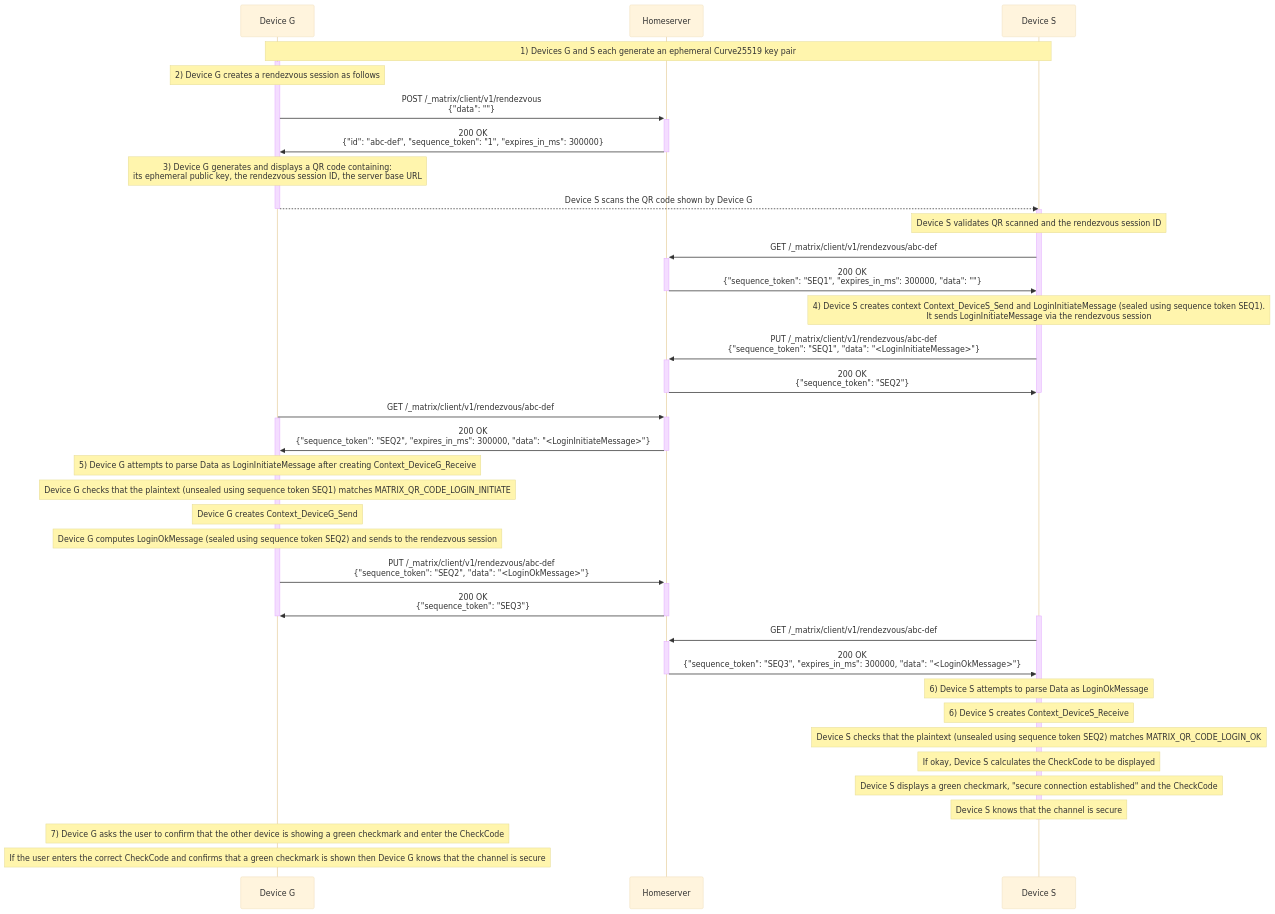
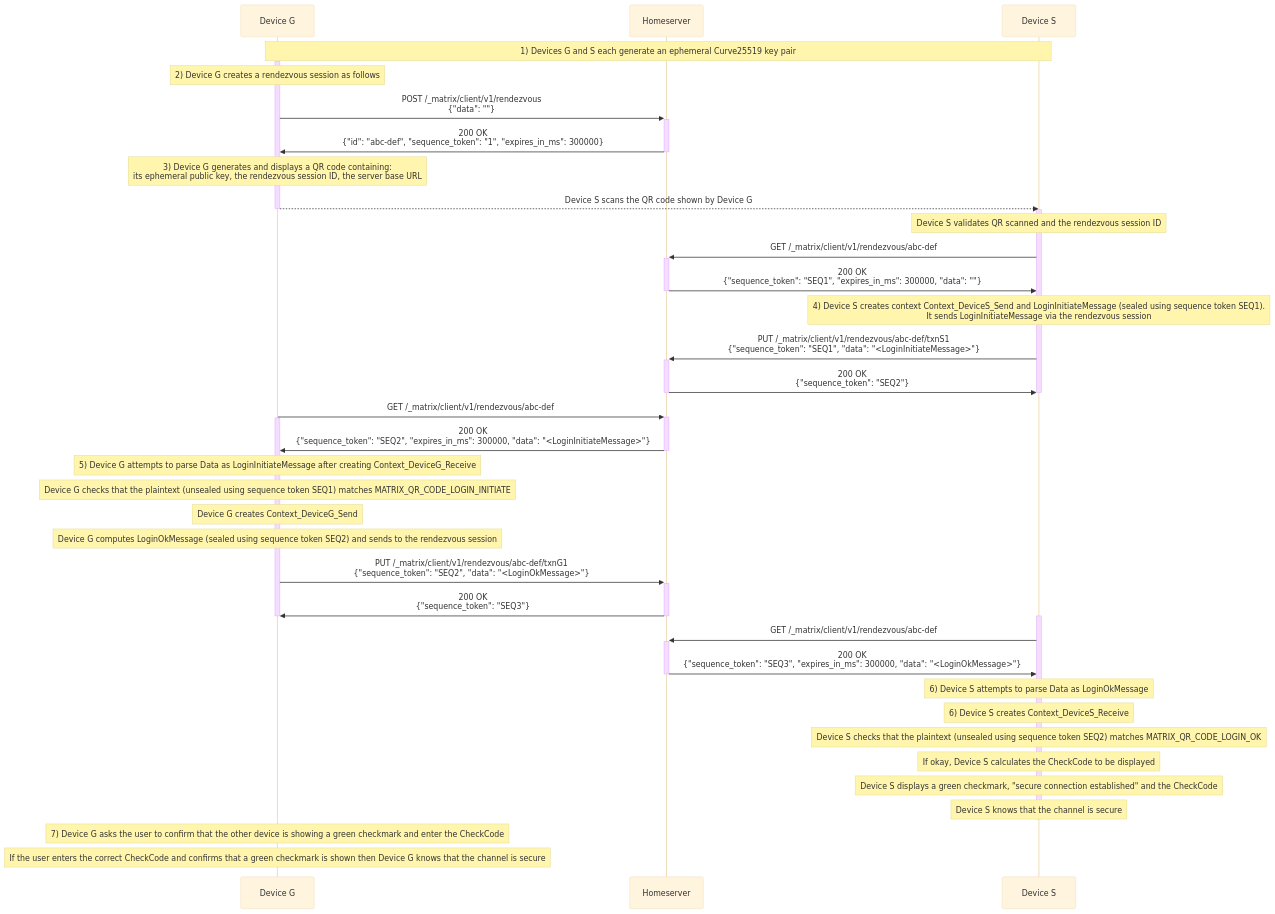
One commit to matrix-org/matrix-spec-proposals changed the third of 3 diagrams in proposals/4388-secure-qr-channel.md. Above: the diagram before and after it, drawn with Mermaid (base theme). The commit also changed other lines of this file, not shown here.

````diff
--- a/proposals/4388-secure-qr-channel.md
+++ b/proposals/4388-secure-qr-channel.md
@@ -887,58 +901,58 @@
 ```mermaid
 sequenceDiagram
     participant G as Device G
     participant Z as Homeserver
     participant S as Device S
 
     note over G,S: 1) Devices G and S each generate an ephemeral Curve25519 key pair
 
     activate G
     note over G: 2) Device G creates a rendezvous session as follows
     G->>+Z: POST /_matrix/client/v1/rendezvous <br>{"data": ""}
     Z->>-G: 200 OK<br>{"id": "abc-def", "sequence_token": "1", "expires_in_ms": 300000}
 
     note over G: 3) Device G generates and displays a QR code containing:<br>its ephemeral public key, the rendezvous session ID, the server base URL
 
     G-->>S: Device S scans the QR code shown by Device G
     deactivate G
 
     activate S
     note over S: Device S validates QR scanned and the rendezvous session ID
 
     S->>+Z: GET /_matrix/client/v1/rendezvous/abc-def
     Z->>-S: 200 OK<br>{"sequence_token": "SEQ1", "expires_in_ms": 300000, "data": ""}
 
     note over S: 4) Device S creates context Context_DeviceS_Send and LoginInitiateMessage (sealed using sequence token SEQ1).<br>It sends LoginInitiateMessage via the rendezvous session
-    S->>+Z: PUT /_matrix/client/v1/rendezvous/abc-def<br>{"sequence_token": "SEQ1", "data": "<LoginInitiateMessage>"}
+    S->>+Z: PUT /_matrix/client/v1/rendezvous/abc-def/txnS1<br>{"sequence_token": "SEQ1", "data": "<LoginInitiateMessage>"}
     Z->>-S: 200 OK<br>{"sequence_token": "SEQ2"}
     deactivate S
 
     G->>+Z: GET /_matrix/client/v1/rendezvous/abc-def
     activate G
     Z->>-G: 200 OK<br>{"sequence_token": "SEQ2", "expires_in_ms": 300000, "data": "<LoginInitiateMessage>"}
     note over G: 5) Device G attempts to parse Data as LoginInitiateMessage after creating Context_DeviceG_Receive
     note over G: Device G checks that the plaintext (unsealed using sequence token SEQ1) matches MATRIX_QR_CODE_LOGIN_INITIATE
 
     note over G: Device G creates Context_DeviceG_Send
     note over G: Device G computes LoginOkMessage (sealed using sequence token SEQ2) and sends to the rendezvous session
 
-    G->>+Z: PUT /_matrix/client/v1/rendezvous/abc-def<br>{"sequence_token": "SEQ2", "data": "<LoginOkMessage>"}
+    G->>+Z: PUT /_matrix/client/v1/rendezvous/abc-def/txnG1<br>{"sequence_token": "SEQ2", "data": "<LoginOkMessage>"}
     Z->>-G: 200 OK<br>{"sequence_token": "SEQ3"}
     deactivate G
 
     activate S
     S->>+Z: GET /_matrix/client/v1/rendezvous/abc-def
     Z->>-S: 200 OK<br>{"sequence_token": "SEQ3", "expires_in_ms": 300000, "data": "<LoginOkMessage>"}
 
     note over S: 6) Device S attempts to parse Data as LoginOkMessage
     note over S: 6) Device S creates Context_DeviceS_Receive
     note over S: Device S checks that the plaintext (unsealed using sequence token SEQ2) matches MATRIX_QR_CODE_LOGIN_OK
 
     note over S: If okay, Device S calculates the CheckCode to be displayed
     note over S: Device S displays a green checkmark, "secure connection established" and the CheckCode
     note over S: Device S knows that the channel is secure
     deactivate S
 
     note over G: 7) Device G asks the user to confirm that the other device is showing a green checkmark and enter the CheckCode
     note over G: If the user enters the correct CheckCode and confirms that a green checkmark is shown then Device G knows that the channel is secure
 ```
````
